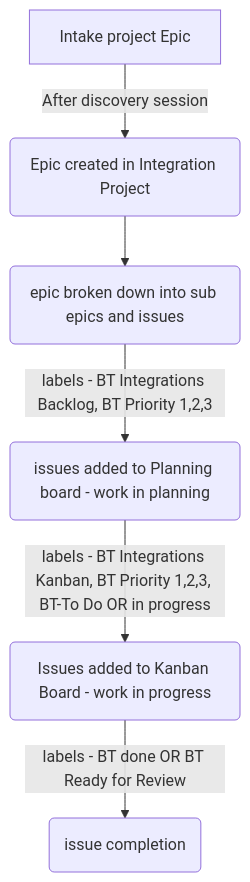
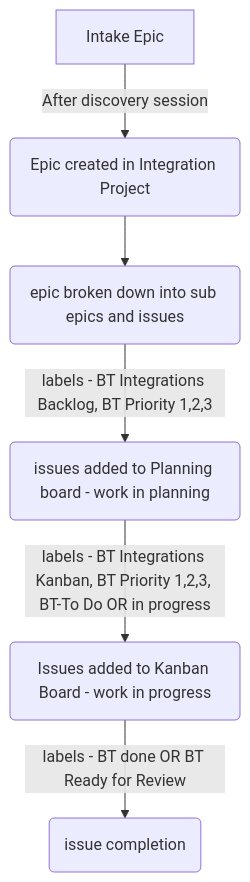
Before and after one commit to secretstartups/handbook: the diagram in business-technology/enterprise-applications/integrations/Integration SDLC/index.html.md, drawn with Mermaid. The commit also changed other lines of this file, not shown here.

Commit message:
Update sites/handbook/source/handbook/business-technology/enterprise-applications/integrations/Integration SDLC/index.html.md

````diff
--- a/business-technology/enterprise-applications/integrations/Integration SDLC/index.html.md
+++ b/business-technology/enterprise-applications/integrations/Integration SDLC/index.html.md
@@ -35,8 +50,8 @@
 ```mermaid
 graph TD
-    A[Intake project Epic] -->|After discovery session| B(Epic created in Integration Project)
+    A[Intake Epic] -->|After discovery session| B(Epic created in Integration Project)
     B --> C(epic broken down into sub epics and issues)
     C --> |labels - BT Integrations Backlog, BT Priority 1,2,3|D(issues added to Planning board - work in planning)
     D --> |labels - BT Integrations Kanban, BT Priority 1,2,3, BT-To Do OR in progress|E(Issues added to Kanban Board - work in progress)
     E --> |labels - BT done OR BT Ready for Review|F(issue completion)
 ```
````
